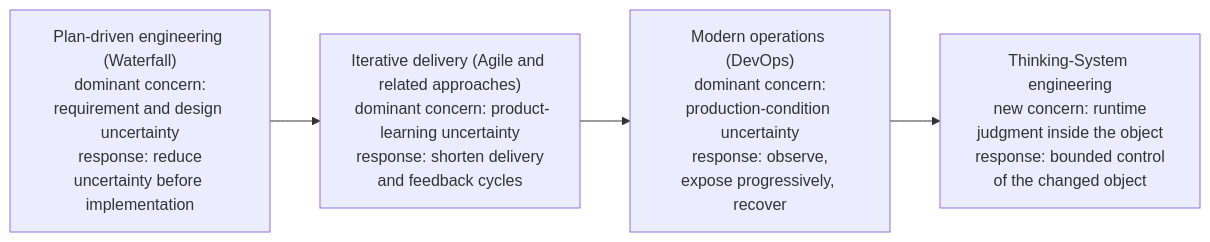
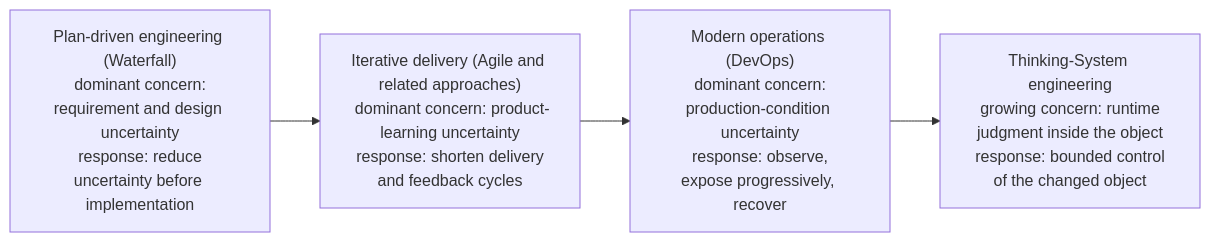
Before and after one commit to UncertaintyArchitectureGroup/uncertainty-architecture: the first of 15 diagrams in content/research/notes/open-engineering-specification-article-draft.md, drawn with Mermaid. The commit also changed other lines of this file and 17 other files, not shown here.

````diff
--- a/content/research/notes/open-engineering-specification-article-draft.md
+++ b/content/research/notes/open-engineering-specification-article-draft.md
@@ -67,9 +67,9 @@
 ```mermaid
 flowchart LR
     W["Plan-driven engineering (Waterfall)<br/> dominant concern: requirement and design uncertainty<br/> response: reduce uncertainty before implementation"]
     A["Iterative delivery (Agile and related approaches)<br/> dominant concern: product-learning uncertainty<br/> response: shorten delivery and feedback cycles"]
     D["Modern operations (DevOps)<br/> dominant concern: production-condition uncertainty<br/> response: observe, expose progressively, recover"]
-    T["Thinking-System engineering<br/> new concern: runtime judgment inside the object<br/> response: bounded control of the changed object"]
+    T["Thinking-System engineering<br/> growing concern: runtime judgment inside the object<br/> response: bounded control of the changed object"]
 
     W --> A --> D --> T
 ```
````
